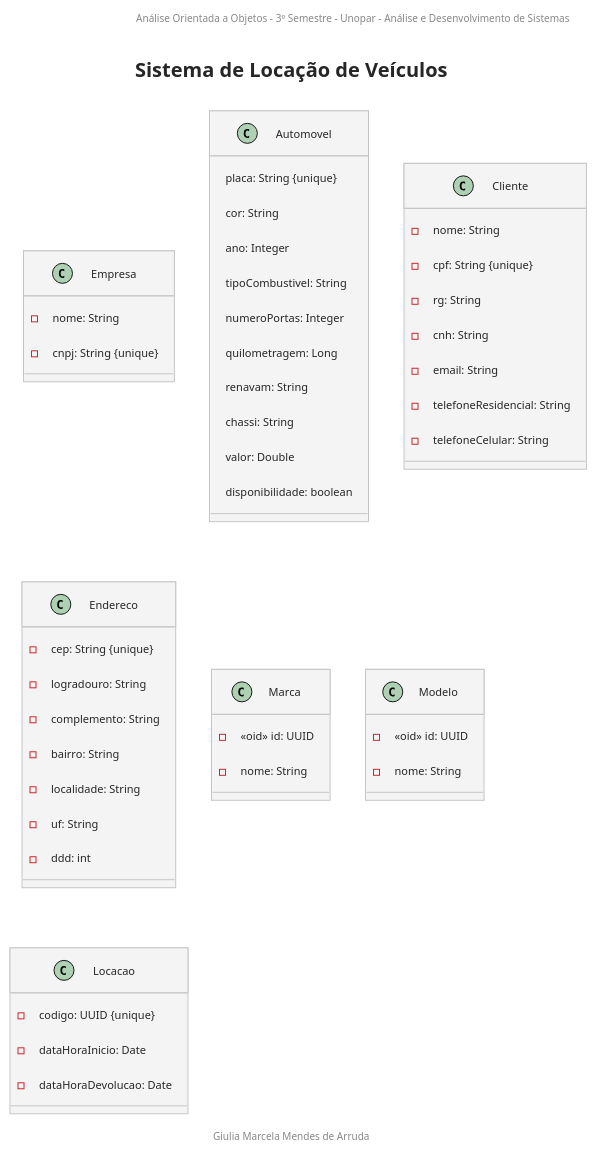
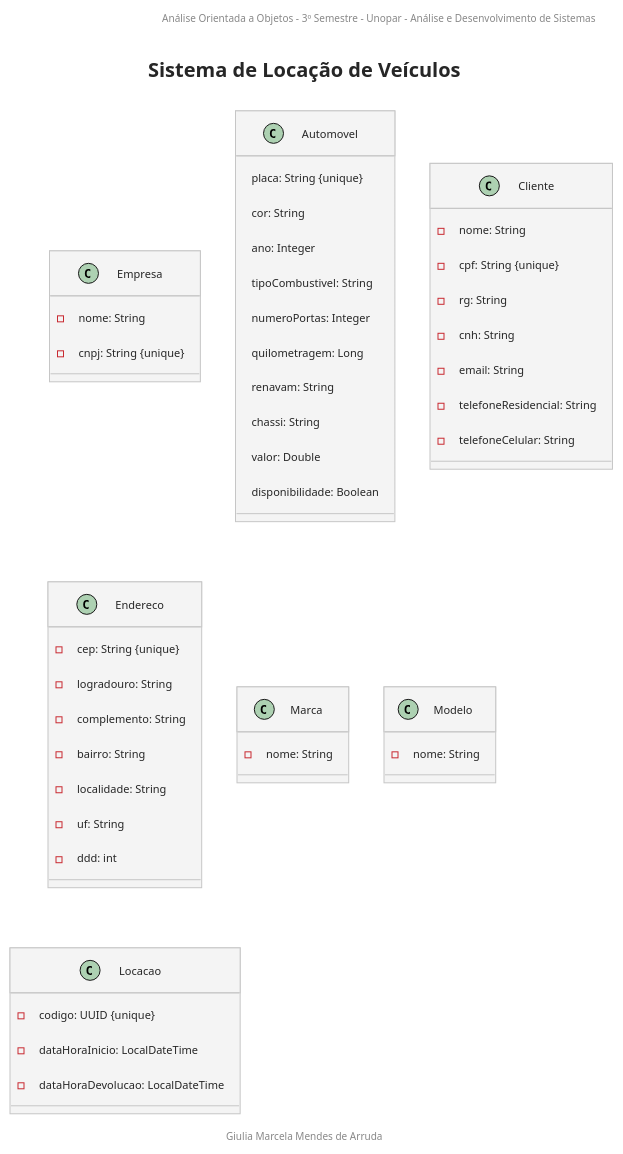
Before and after one commit to GiuliaMarcela/vehicle-rental-ooa: the diagram in diagrama_locacao_veiculos.puml, drawn with PlantUML.

Commit message:
chore: delete some attributes and change from boolean to Boolean

```diff
--- a/diagrama_locacao_veiculos.puml
+++ b/diagrama_locacao_veiculos.puml
@@ -1,64 +1,62 @@
 @startuml
 header Análise Orientada a Objetos - 3º Semestre - Unopar - Análise e Desenvolvimento de Sistemas
 
 title Sistema de Locação de Veículos
 
 footer Giulia Marcela Mendes de Arruda
 
 !theme carbon-gray
 
 class Empresa {
   - nome: String
   - cnpj: String {unique}
 }
 
 class Automovel {
   placa: String {unique}
   cor: String
   ano: Integer
   tipoCombustivel: String
   numeroPortas: Integer
   quilometragem: Long
   renavam: String
   chassi: String
   valor: Double
-  disponibilidade: boolean
+  disponibilidade: Boolean
 }
 
 class Cliente {
   - nome: String
   - cpf: String {unique}
   - rg: String
   - cnh: String
   - email: String
   - telefoneResidencial: String
   - telefoneCelular: String
 }
 
 class Endereco {
   - cep: String {unique}
   - logradouro: String
   - complemento: String
   - bairro: String
   - localidade: String
   - uf: String
   - ddd: int
 }
 
 class Marca {
-  - <<oid>> id: UUID
   - nome: String
 }
 
 class Modelo {
-  - <<oid>> id: UUID
   - nome: String
 }
 
 class Locacao {
   - codigo: UUID {unique}
-  - dataHoraInicio: Date
-  - dataHoraDevolucao: Date
+  - dataHoraInicio: LocalDateTime
+  - dataHoraDevolucao: LocalDateTime
 }
 
 @enduml
```
